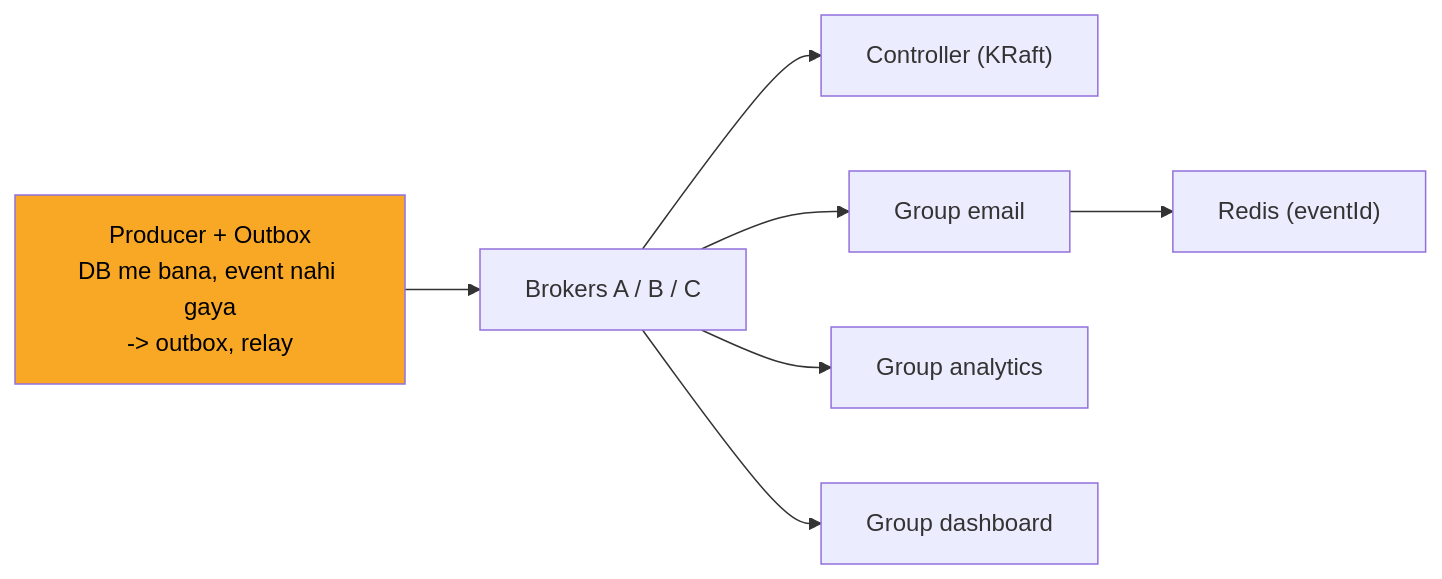
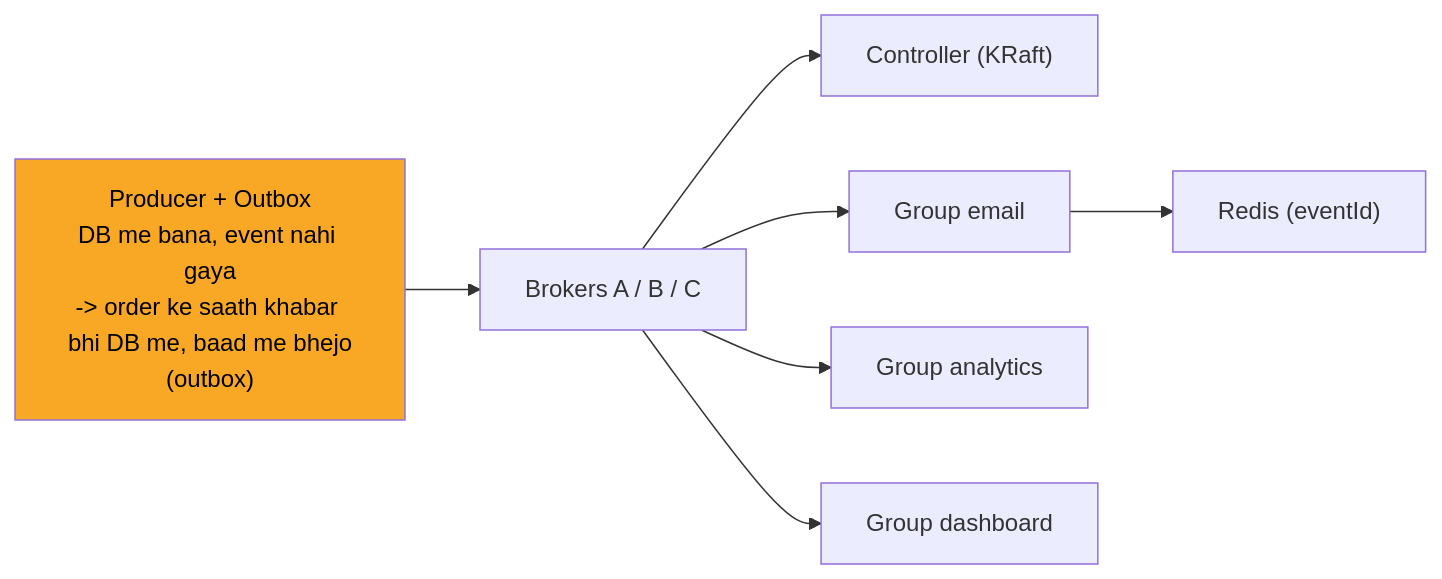
Before and after one commit to ArpanMaheshwari144/Prep: the ninth of 12 diagrams in 04_HLD/SYSTEM_DESIGNS/12_message_queue_kafka/12_message_queue_kafka.md, drawn with Mermaid. The commit also changed other lines of this file and 13 other files, not shown here.

````diff
--- a/04_HLD/SYSTEM_DESIGNS/12_message_queue_kafka/12_message_queue_kafka.md
+++ b/04_HLD/SYSTEM_DESIGNS/12_message_queue_kafka/12_message_queue_kafka.md
@@ -285,17 +285,17 @@
 ```mermaid
 flowchart LR
-    n_P["Producer + Outbox<br/>DB me bana, event nahi gaya<br/>-> outbox, relay"]
+    n_P["Producer + Outbox<br/>DB me bana, event nahi gaya<br/>-> order ke saath khabar bhi DB me, baad me bhejo<br/>(outbox)"]
     n_B["Brokers A / B / C"]
     n_K["Controller (KRaft)"]
     n_GE["Group email"]
     n_R["Redis (eventId)"]
     n_GA["Group analytics"]
     n_GD["Group dashboard"]
     n_P --> n_B
     n_B --> n_K
     n_B --> n_GE
     n_B --> n_GA
     n_B --> n_GD
     n_GE --> n_R
     style n_P fill:#f9a825,color:#000
 ```
````
